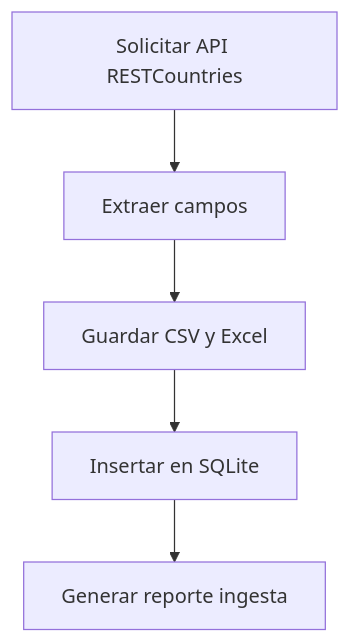
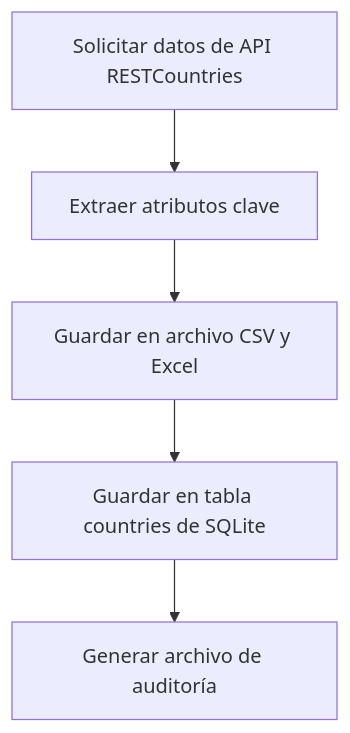
One commit to JuanesMedCol/bigdata-infrastructure changed the second of 7 diagrams in docs/diagrams.md. Above: the diagram before and after it, drawn with Mermaid. The commit also changed other lines of this file and 2 other files, not shown here.

````diff
--- a/docs/diagrams.md
+++ b/docs/diagrams.md
@@ -51,7 +51,7 @@
     ```mermaid
-    graph TD
-        A[Solicitar API RESTCountries] --> B[Extraer campos]
-        B --> C[Guardar CSV y Excel]
-        C --> D[Insertar en SQLite]
-        D --> E[Generar reporte ingesta]
+    flowchart TD
+        A[Solicitar datos de API RESTCountries] --> B[Extraer atributos clave]
+        B --> C[Guardar en archivo CSV y Excel]
+        C --> D[Guardar en tabla countries de SQLite]
+        D --> E[Generar archivo de auditoría]
     ```
````
